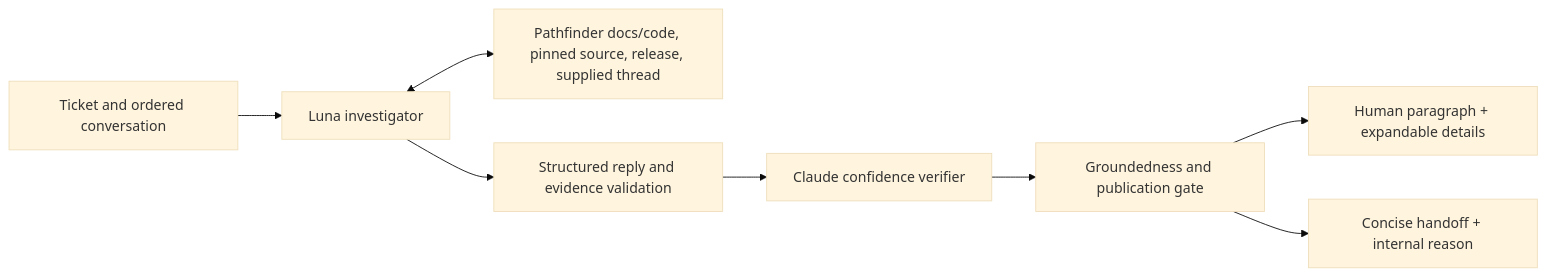
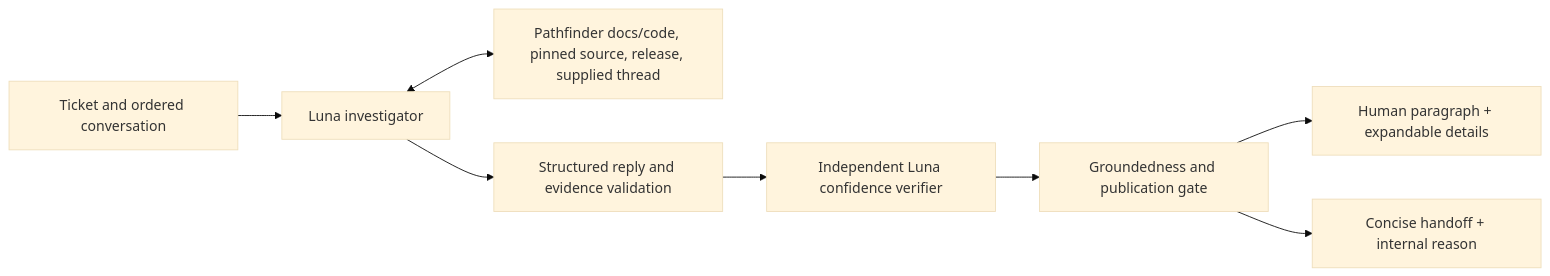
Before and after one commit to CopilotKit/outpost: the diagram in docs/support-agent.md, drawn with Mermaid (base theme). The commit also changed other lines of this file and 27 other files, not shown here.

````diff
--- a/docs/support-agent.md
+++ b/docs/support-agent.md
@@ -5,10 +5,10 @@
 ```mermaid
 flowchart LR
   Thread[Ticket and ordered conversation] --> Agent[Luna investigator]
   Agent <--> Tools[Pathfinder docs/code, pinned source, release, supplied thread]
   Agent --> Contract[Structured reply and evidence validation]
-  Contract --> Verify[Claude confidence verifier]
+  Contract --> Verify[Independent Luna confidence verifier]
   Verify --> Gate[Groundedness and publication gate]
   Gate --> Reply[Human paragraph + expandable details]
   Gate --> Handoff[Concise handoff + internal reason]
 ```
````
